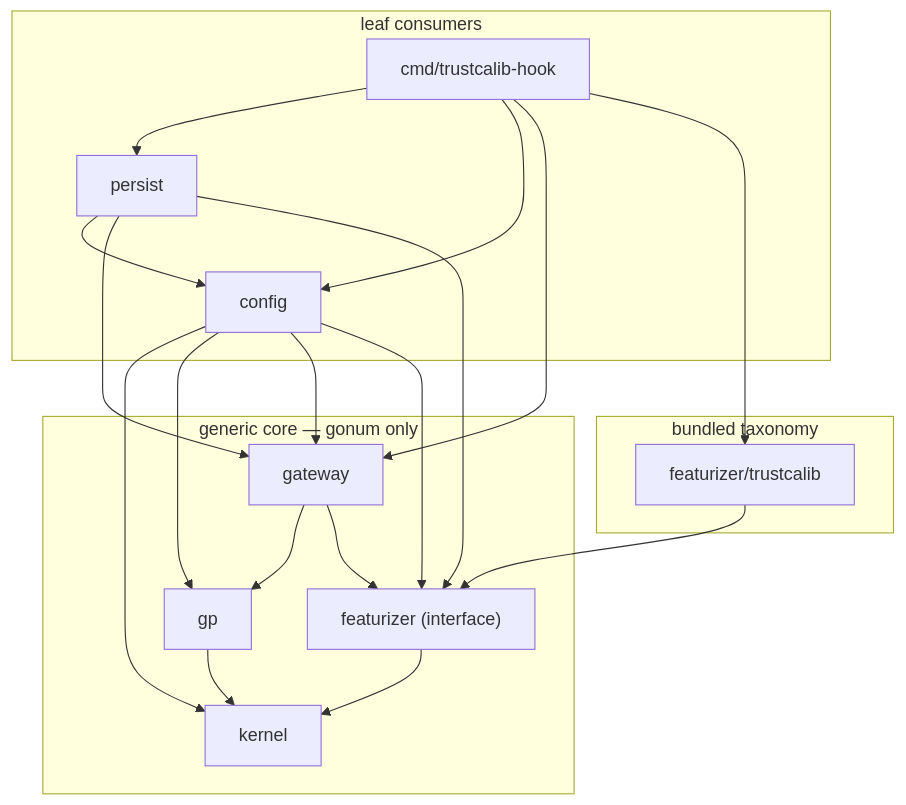
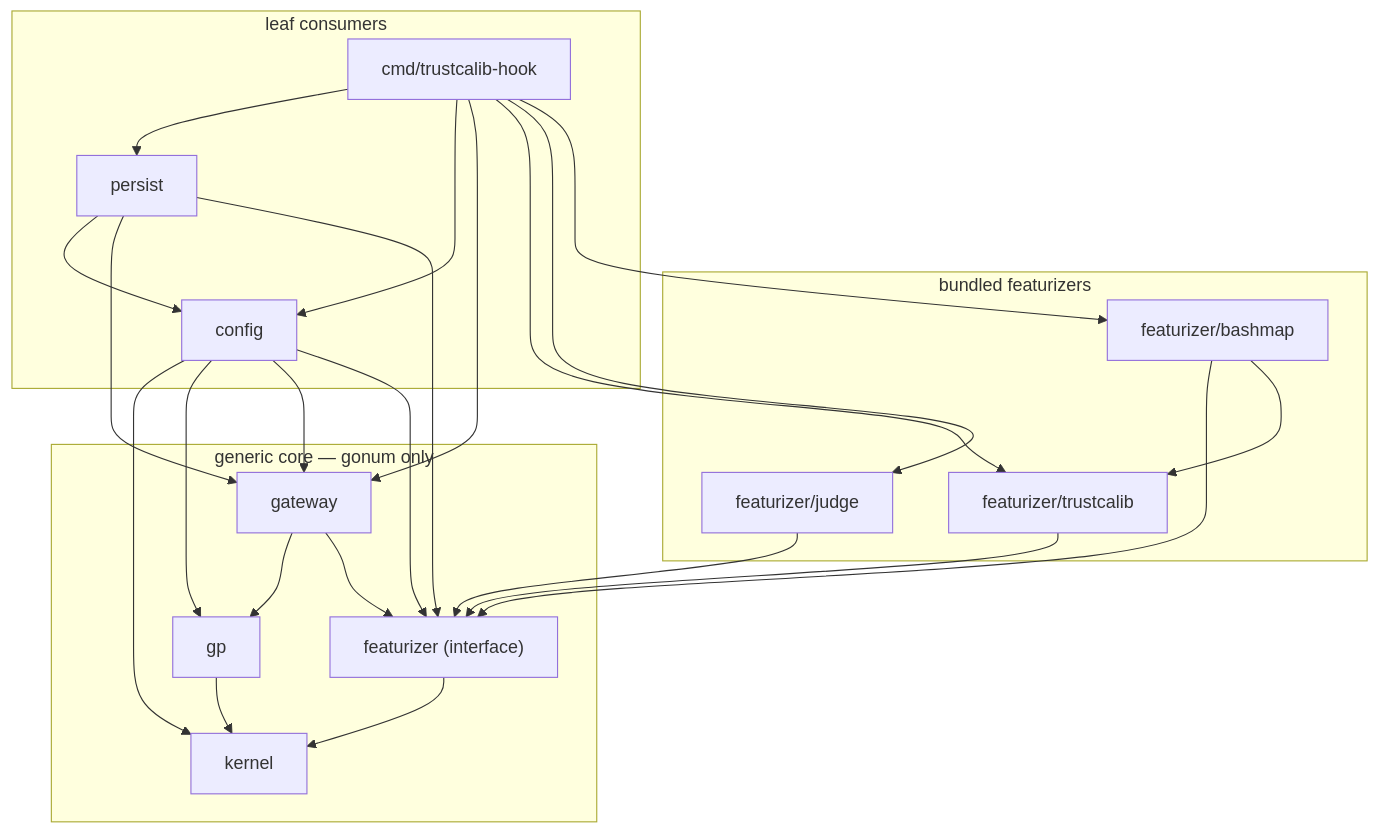
One commit to changkun/trustcalib changed the second of 3 diagrams in go/README.md. Above: the diagram before and after it, drawn with Mermaid. The commit also changed other lines of this file and 29 other files, not shown here.

````diff
--- a/go/README.md
+++ b/go/README.md
@@ -85,34 +108,41 @@
 ```mermaid
 graph TD
     subgraph core["generic core — gonum only"]
         kernel
         gp
         gateway
         featurizer["featurizer (interface)"]
     end
-    subgraph taxonomy["bundled taxonomy"]
+    subgraph featurizers["bundled featurizers"]
         tc["featurizer/trustcalib"]
+        judge["featurizer/judge"]
+        bashmap["featurizer/bashmap"]
     end
     subgraph consumers["leaf consumers"]
         config
         persist
         cmd["cmd/trustcalib-hook"]
     end
 
     gp --> kernel
     featurizer --> kernel
     gateway --> gp
     gateway --> featurizer
     tc --> featurizer
+    judge --> featurizer
+    bashmap --> featurizer
+    bashmap --> tc
     config --> kernel
     config --> gp
     config --> gateway
     config --> featurizer
     persist --> config
     persist --> gateway
     persist --> featurizer
     cmd --> persist
     cmd --> config
     cmd --> gateway
     cmd --> tc
+    cmd --> judge
+    cmd --> bashmap
 ```
````
